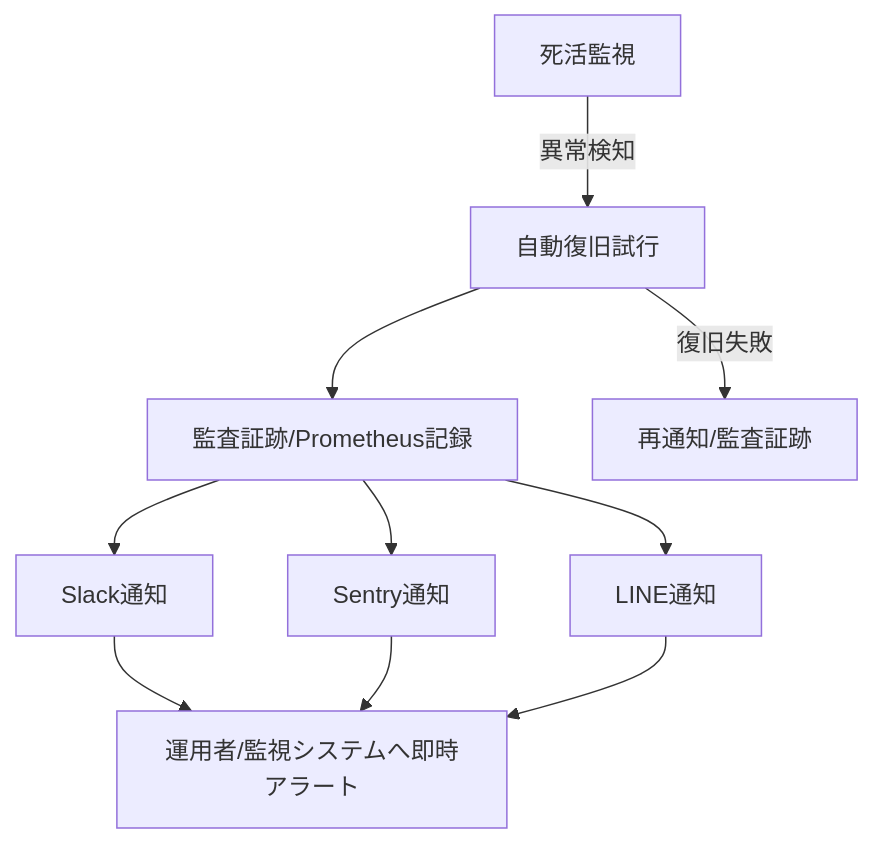
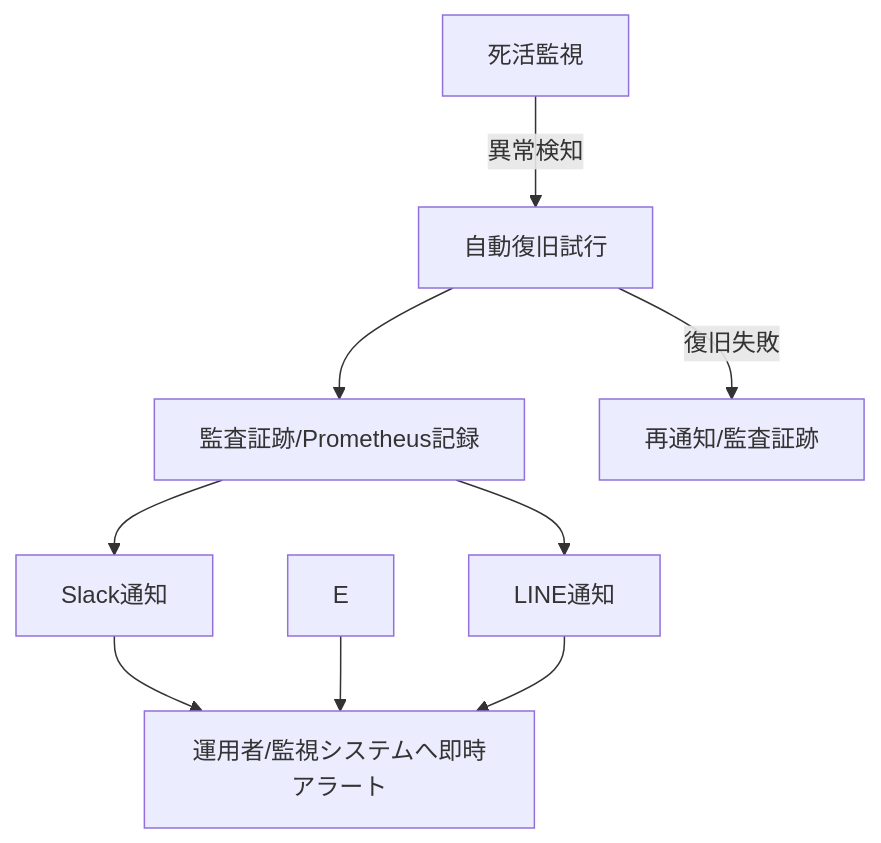
Before and after one commit to shizukutanaka/Strawberry: the third of 4 diagrams in README.md, drawn with Mermaid. The commit also changed other lines of this file and 22 other files, not shown here.

````diff
--- a/README.md
+++ b/README.md
@@ -236,10 +236,9 @@
 ```mermaid
 flowchart TD
   A[死活監視] -->|異常検知| B[自動復旧試行]
   B --> C[監査証跡/Prometheus記録]
   C --> D[Slack通知]
-  C --> E[Sentry通知]
   C --> F[LINE通知]
   D & E & F --> G[運用者/監視システムへ即時アラート]
   B -->|復旧失敗| H[再通知/監査証跡]
 ```
````
